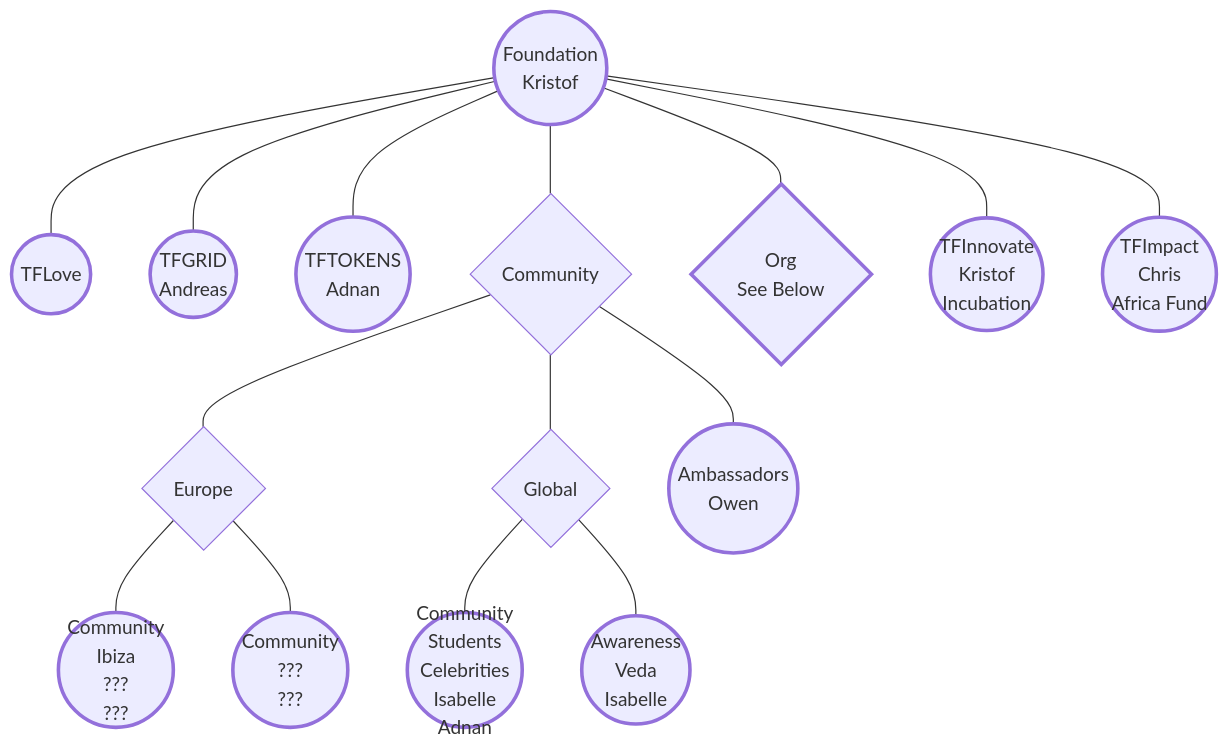
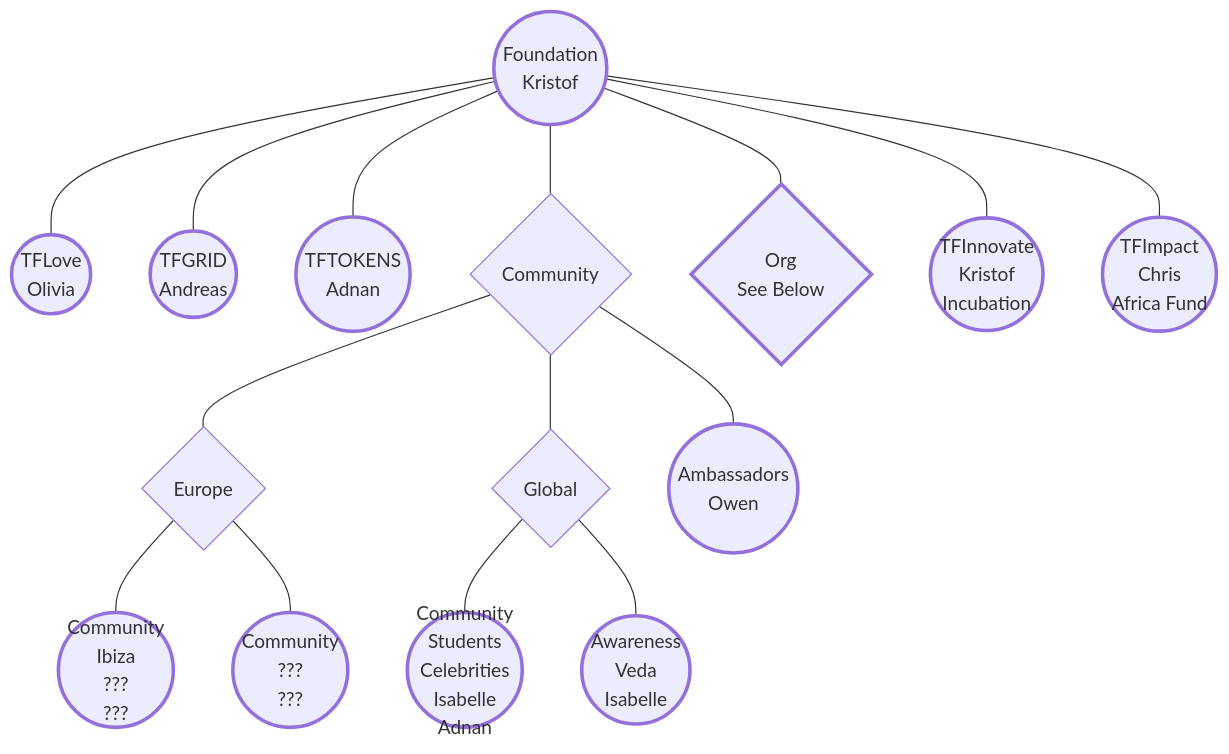
The first of 2 diagrams in docs/circles/README.md (xmonader/info_foundation), drawn with Mermaid before and after one commit. The commit also changed other lines of this file and 1 other file, not shown here.

````diff
--- a/docs/circles/README.md
+++ b/docs/circles/README.md
@@ -11,27 +11,27 @@
 ```mermaid
 
 graph TB; 
-    Foundation((Foundation<BR>Kristof)) --- TFLove((TFLove))
+    Foundation((Foundation<BR>Kristof)) --- TFLove((TFLove<br>Olivia))
     Foundation --- TFGRID((TFGRID<br>Andreas))
     Foundation --- TFTOKENS((TFTOKENS<br>Adnan))
     Foundation --- Community{Community}
     Foundation --- Org{Org<br>See Below}
     Community --- Europe{Europe}
     Community --- Global{Global}
     Foundation --- TFInnovate((TFInnovate<br>Kristof<br>Incubation))
     Foundation --- TFImpact((TFImpact<br>Chris<br>Africa Fund))
 
     Community --- TFAmbassadors((Ambassadors<br>Owen))
     Europe --- CommunityIbiza((Community<br>Ibiza<br>???<br>???))
     Europe --- CommunityGreen((Community<br>???<br>???))
     Global --- CommunityVeda((Community<br>Students<br>Celebrities<br>Isabelle<br>Adnan))
     Global --- Veda((Awareness<br>Veda<br>Isabelle))
  
 
     classDef circle text-align:center,stroke:#33,stroke-width:3px;  
 
     class Foundation,TFLove,TFGRID,TFTOKENS,TFAmbassadors,TFInnovate,TFImpact,CommunityIbiza,CommunityVeda,CommunityGreen,Veda,Crypto,Org circle;
 
     click TFGRID "https://threefoldfoundation.github.io/info_foundation/#/circles/foundation/grid/grid"
 
 ```
````
